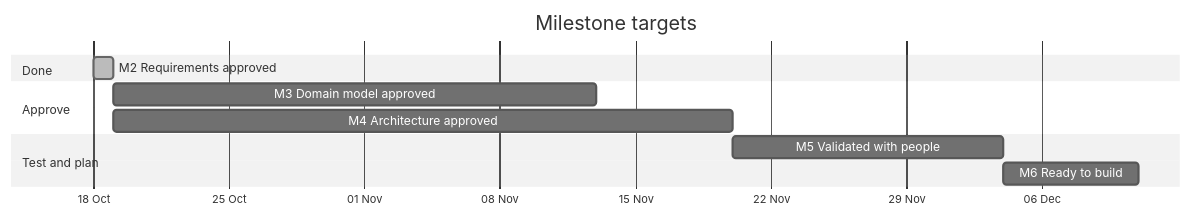
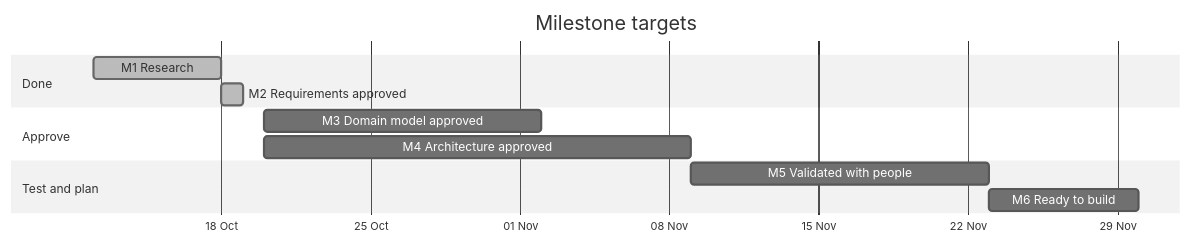
The second of 2 diagrams in docs/reference/design-process.md (ProjectCartograph/cartograph-design), drawn with Mermaid (neutral theme) before and after one commit. The commit also changed other lines of this file and 4 other files, not shown here.

First line of the commit message:
docs(decisions): ready the domain model decisions for review

````diff
--- a/docs/reference/design-process.md
+++ b/docs/reference/design-process.md
@@ -28,14 +30,15 @@
 ```mermaid
 gantt
   title Milestone targets
   dateFormat YYYY-MM-DD
   axisFormat %d %b
   section Done
+  M1 Research :done, m1, 2026-10-12, 2026-10-18
   M2 Requirements approved :done, m2, 2026-10-18, 2026-10-19
   section Approve
-  M3 Domain model approved :m3, after m2, 2026-11-13
-  M4 Architecture approved :m4, after m2, 2026-11-20
+  M3 Domain model approved :m3, 2026-10-20, 2026-11-02
+  M4 Architecture approved :m4, 2026-10-20, 2026-11-09
   section Test and plan
-  M5 Validated with people :m5, after m4, 2026-12-04
-  M6 Ready to build :m6, after m5, 2026-12-11
+  M5 Validated with people :m5, after m4, 2026-11-23
+  M6 Ready to build :m6, after m5, 2026-11-30
 ```
````
